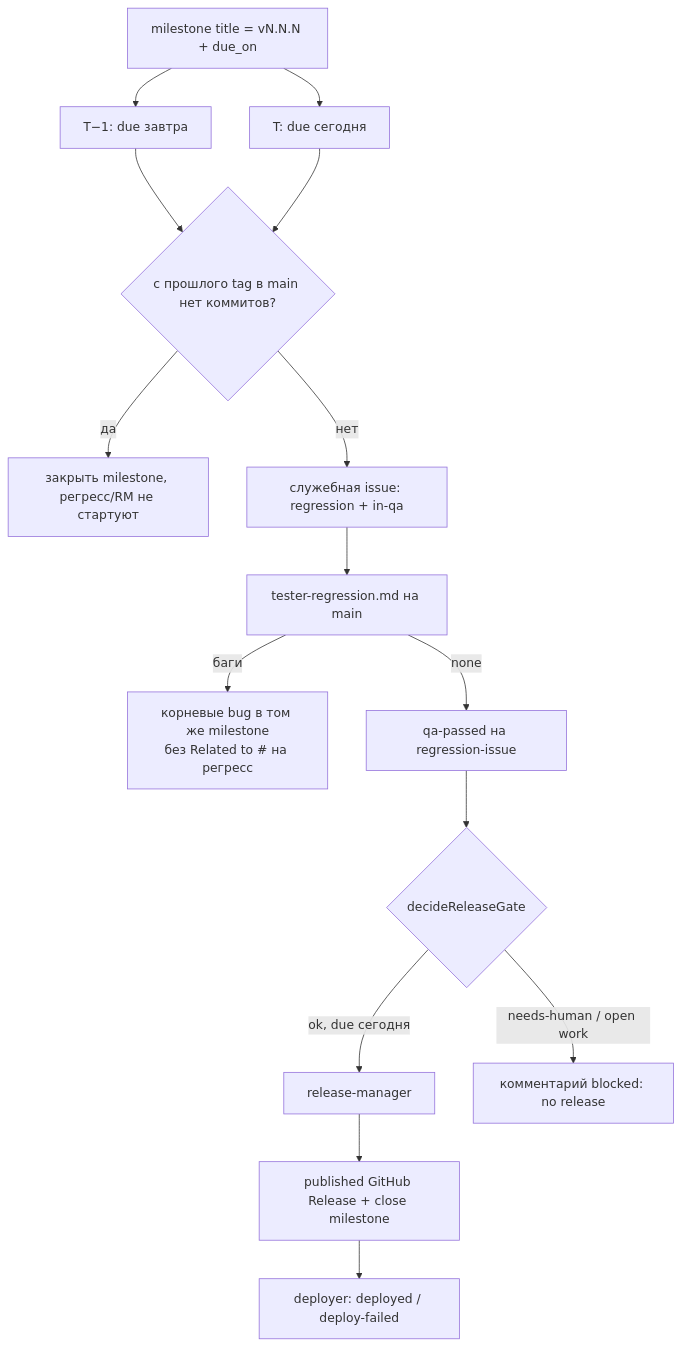
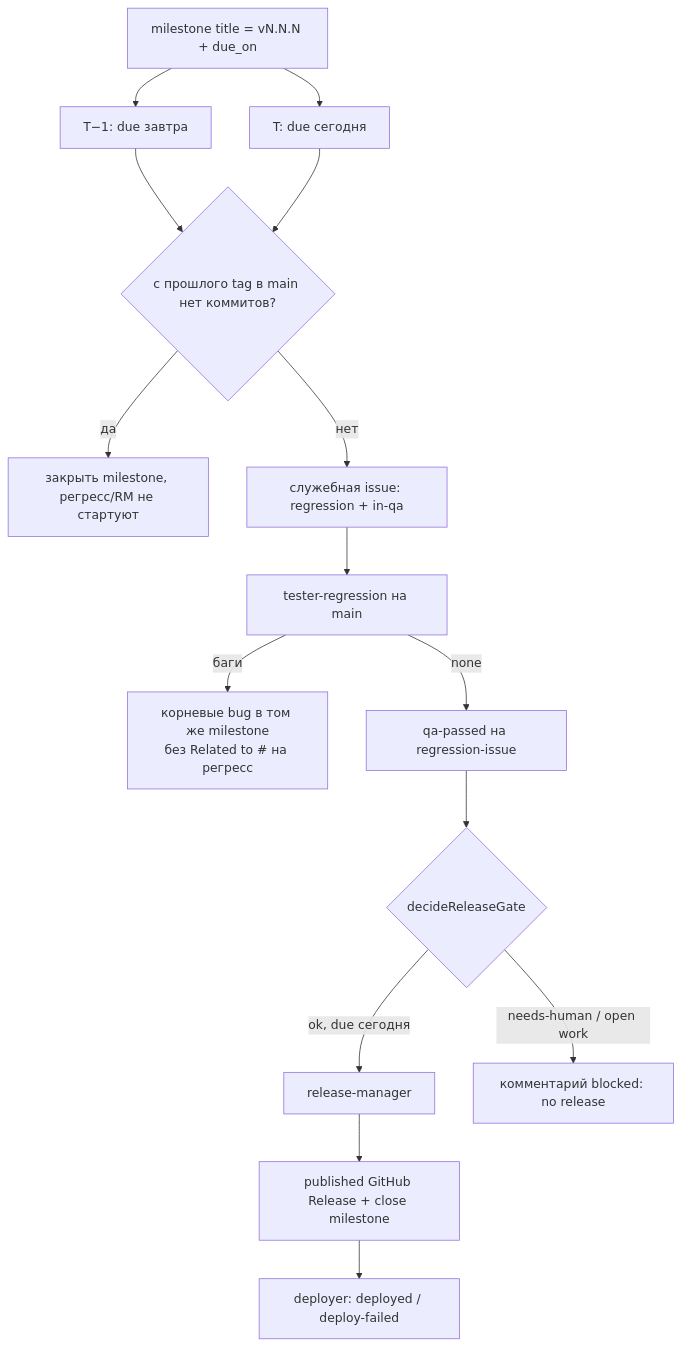
The third of 3 diagrams in docs/AGENT_PIPELINE_ARCHITECTURE.md (AlexeyAbretov/multi_agents_development_pipeline), drawn with Mermaid before and after one commit. The commit also changed other lines of this file and 9 other files, not shown here.

First line of the commit message:
feat: introduce tester-regression role and update related documentation

````diff
--- a/docs/AGENT_PIPELINE_ARCHITECTURE.md
+++ b/docs/AGENT_PIPELINE_ARCHITECTURE.md
@@ -87,17 +87,17 @@
 ```mermaid
 flowchart TD
   M["milestone title = vN.N.N + due_on"] --> T1["T−1: due завтра"]
   M --> T["T: due сегодня"]
   T1 --> Empty{"с прошлого tag в main нет коммитов?"}
   T --> Empty
   Empty -->|да| Close["закрыть milestone, регресс/RM не стартуют"]
   Empty -->|нет| Reg["служебная issue: regression + in-qa"]
-  Reg --> RT[tester-regression.md на main]
+  Reg --> RT[tester-regression на main]
   RT -->|баги| RootBugs["корневые bug в том же milestone\nбез Related to # на регресс"]
   RT -->|none| RPass[qa-passed на regression-issue]
   RPass --> Gate{decideReleaseGate}
   Gate -->|ok, due сегодня| RM[release-manager]
   RM --> Rel[published GitHub Release + close milestone]
   Rel --> Dep[deployer: deployed / deploy-failed]
   Gate -->|needs-human / open work| Block["комментарий blocked: no release"]
 ```
````
